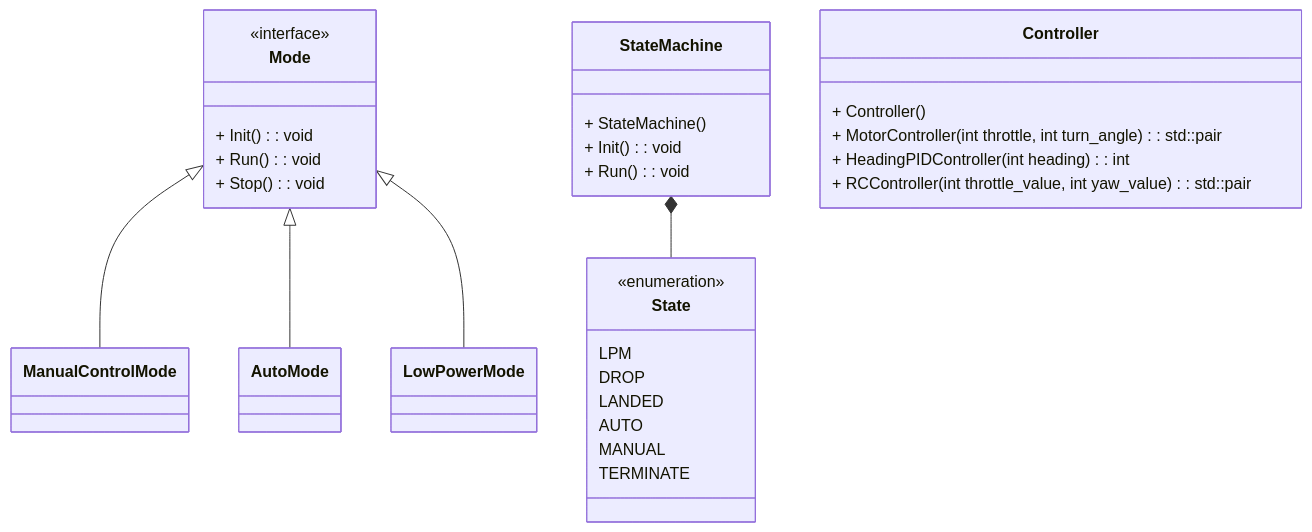
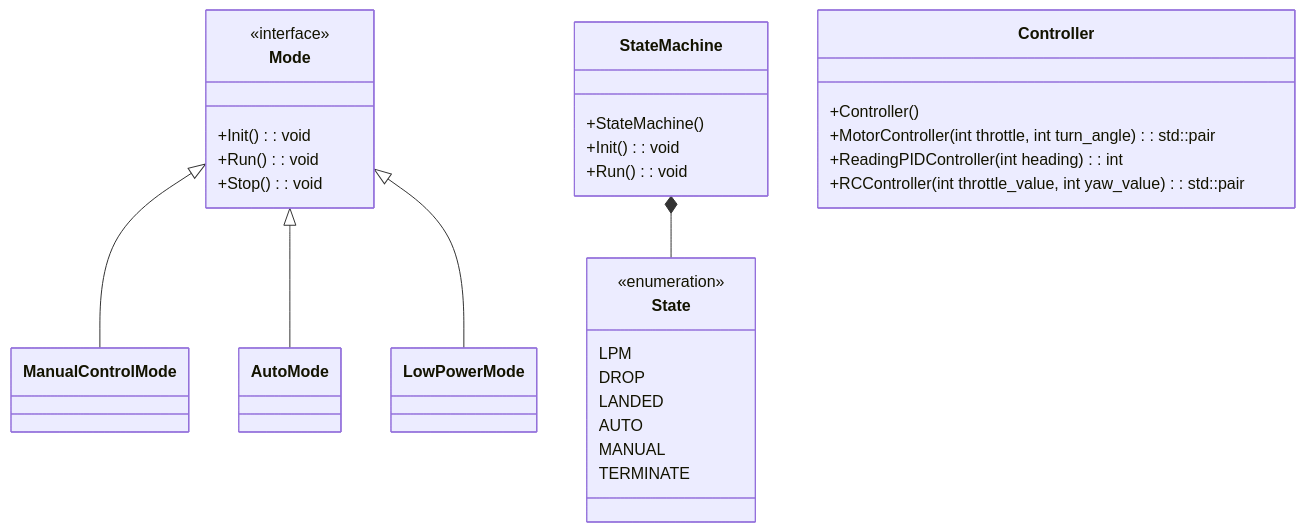
One commit to ubcuas/Airdrop-Software-2022 changed the third of 3 diagrams in docs/DESIGN.md. Above: the diagram before and after it, drawn with Mermaid. The commit also changed other lines of this file, not shown here.

````diff
--- a/docs/DESIGN.md
+++ b/docs/DESIGN.md
@@ -141,38 +141,38 @@
 ```mermaid
 classDiagram
 
 class Mode {
     <<interface>>
-    + Init(): void
-    + Run(): void
-    + Stop(): void
+    +Init(): void
+    +Run(): void
+    +Stop(): void
 }
 
 Mode <|-- ManualControlMode
 Mode <|-- AutoMode
 Mode <|-- LowPowerMode
 
 
 StateMachine *-- State
 class StateMachine {
-    + StateMachine()
-    + Init(): void
-    + Run(): void
+    +StateMachine()
+    +Init(): void
+    +Run(): void
 }
 class Controller {
-  + Controller()
-  + MotorController(int throttle, int turn_angle): std::pair
-  + HeadingPIDController(int heading): int
-  + RCController(int throttle_value, int yaw_value): std::pair
+  +Controller()
+  +MotorController(int throttle, int turn_angle): std::pair
+  +ReadingPIDController(int heading): int
+  +RCController(int throttle_value, int yaw_value): std::pair
 }
 
 class State {
   <<enumeration>>
   LPM
   DROP
   LANDED
   AUTO
   MANUAL
   TERMINATE
 }
 ```
````
